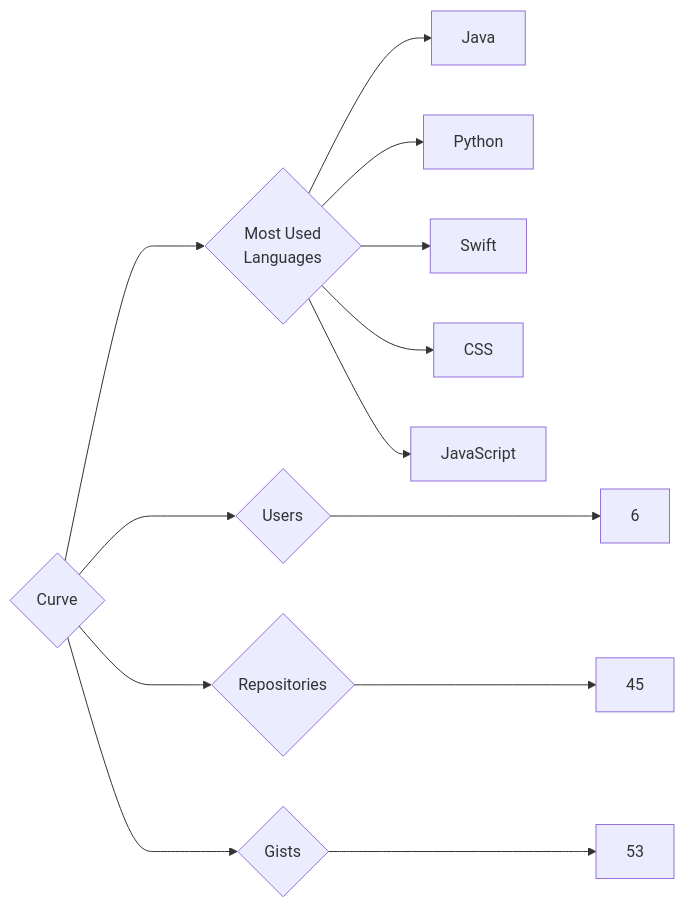
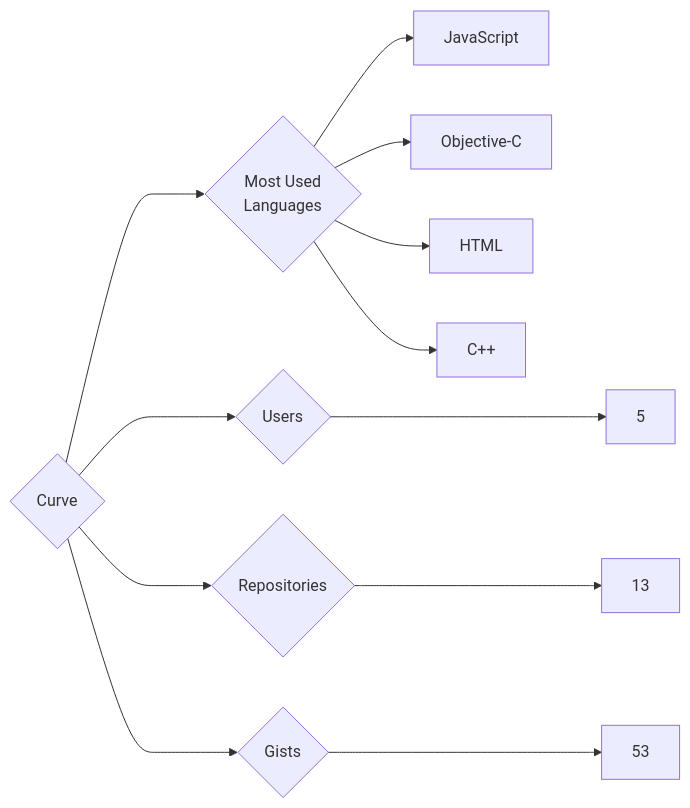
One commit to trickest/insiders changed the diagram in targets/Curve/README.md. Above: the diagram before and after it, drawn with Mermaid. The commit also changed 1212 other files, not shown here.

````diff
--- a/targets/Curve/README.md
+++ b/targets/Curve/README.md
@@ -3,13 +3,12 @@
 ```mermaid
 graph LR
 COMPANY_NAME{Curve}
-COMPANY_NAME ---> U{Users} ---> UN[6]
-COMPANY_NAME ---> R{Repositories} ---> RN[45]
+COMPANY_NAME ---> U{Users} ---> UN[5]
+COMPANY_NAME ---> R{Repositories} ---> RN[13]
 COMPANY_NAME ---> G{Gists} ---> GN[53]
 COMPANY_NAME ---> ML{Most Used<br>Languages}
-ML --> Java[Java]
-ML --> Python[Python]
-ML --> Swift[Swift]
-ML --> CSS[CSS]
 ML --> JavaScript[JavaScript]
+ML --> Objective-C[Objective-C]
+ML --> HTML[HTML]
+ML --> C++[C++]
 ```
````
